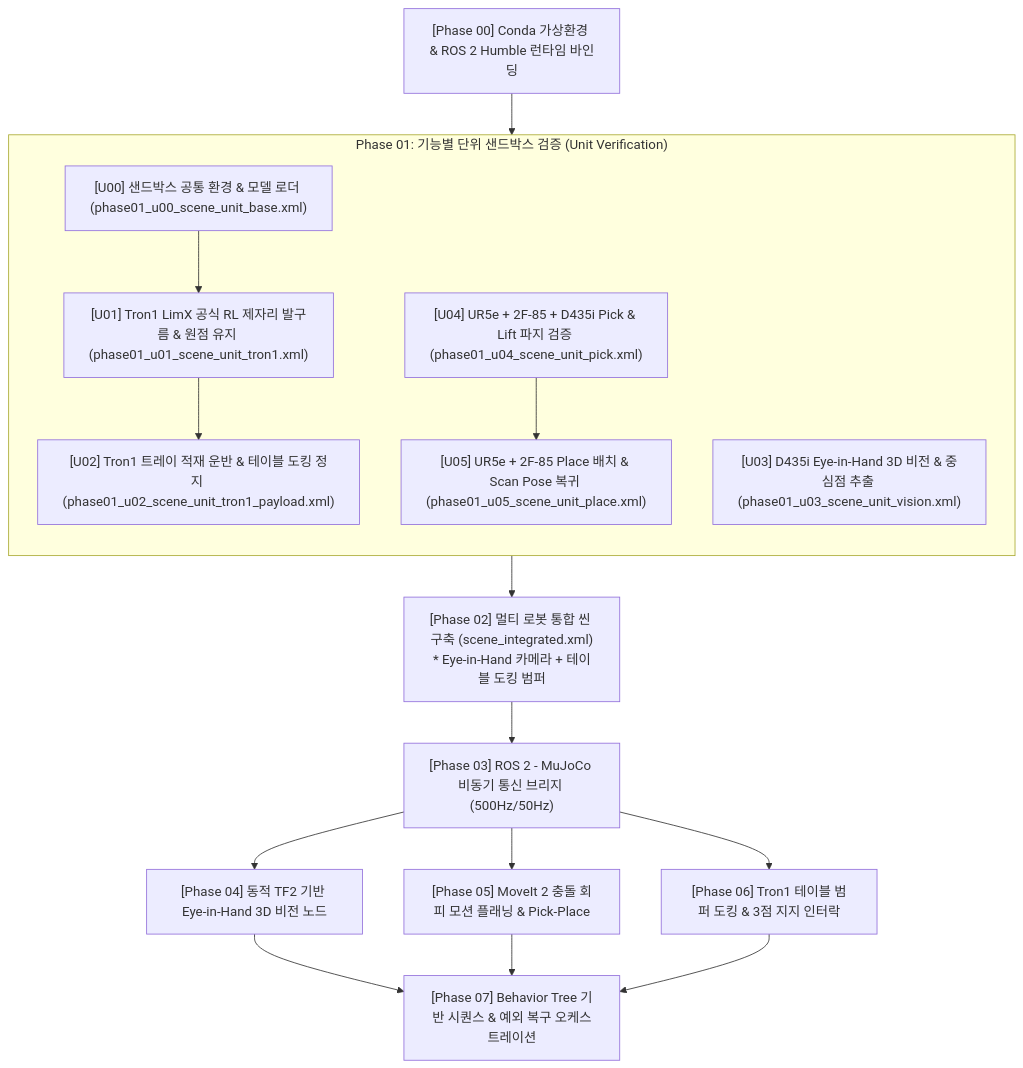
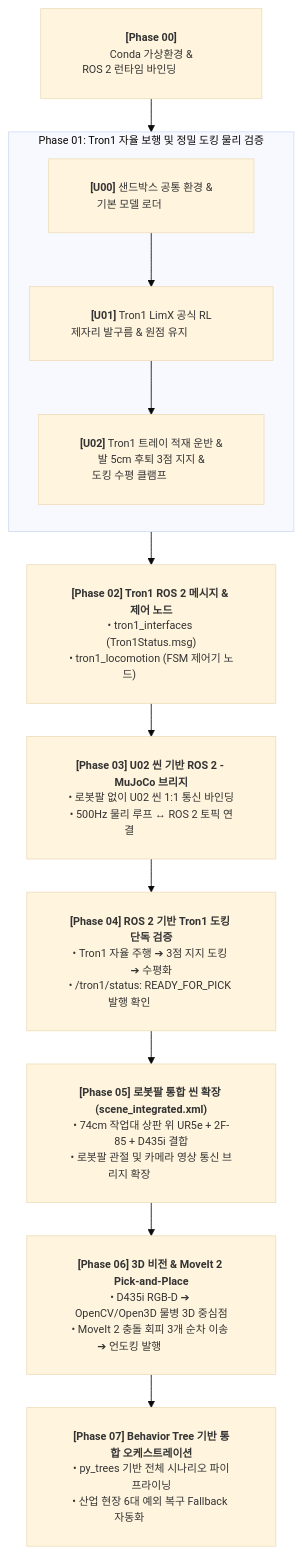
Before and after one commit to Centaucyan/Proj_Transferring_bottle_from_tron1_to_ur5e_in_mujoco_env: the diagram in documents/development_roadmap/rm_full_development_roadmap.md, drawn with Mermaid. The commit also changed other lines of this file and 10 other files, not shown here.

````diff
--- a/documents/development_roadmap/rm_full_development_roadmap.md
+++ b/documents/development_roadmap/rm_full_development_roadmap.md
@@ -39,23 +41,19 @@
 ```mermaid
+%%{init: {'theme': 'base', 'themeVariables': { 'fontSize': '13px' }, 'flowchart': {'nodeSpacing': 30, 'rankSpacing': 40, 'padding': 25}}}%%
 flowchart TD
-    P00["[Phase 00] Conda 가상환경 & ROS 2 Humble 런타임 바인딩"] --> Phase01
+    P00["<b>[Phase 00]</b><br/>Conda 가상환경 &<br/>ROS 2 런타임 바인딩&emsp;&emsp;&emsp;&emsp;"] --> Phase01
 
-    subgraph Phase01 ["Phase 01: 기능별 단위 샌드박스 검증 (Unit Verification)"]
+    subgraph Phase01 [" Phase 01: Tron1 자율 보행 및 정밀 도킹 물리 검증 "]
         direction TB
-        U00["[U00] 샌드박스 공통 환경 & 모델 로더 (phase01_u00_scene_unit_base.xml)"] --> U01
-        U01["[U01] Tron1 LimX 공식 RL 제자리 발구름 & 원점 유지 (phase01_u01_scene_unit_tron1.xml)"] --> U02
-        U02["[U02] Tron1 트레이 적재 운반 & 테이블 도킹 정지 (phase01_u02_scene_unit_tron1_payload.xml)"]
-        U03["[U03] D435i Eye-in-Hand 3D 비전 & 중심점 추출 (phase01_u03_scene_unit_vision.xml)"]
-        U04["[U04] UR5e + 2F-85 + D435i Pick & Lift 파지 검증 (phase01_u04_scene_unit_pick.xml)"] --> U05
-        U05["[U05] UR5e + 2F-85 Place 배치 & Scan Pose 복귀 (phase01_u05_scene_unit_place.xml)"]
+        U00["<b>[U00]</b> 샌드박스 공통 환경 &<br/>기본 모델 로더&emsp;&emsp;&emsp;&emsp;"] --> U01
+        U01["<b>[U01]</b> Tron1 LimX 공식 RL<br/>제자리 발구름 & 원점 유지&emsp;&emsp;&emsp;&emsp;"] --> U02
+        U02["<b>[U02]</b> Tron1 트레이 적재 운반 &<br/>발 5cm 후퇴 3점 지지 &<br/>도킹 수평 클램프&emsp;&emsp;&emsp;&emsp;"]
     end
 
-    Phase01 --> P02["[Phase 02] 멀티 로봇 통합 씬 구축 (scene_integrated.xml)\n* Eye-in-Hand 카메라 + 테이블 도킹 범퍼"]
-    P02 --> P03["[Phase 03] ROS 2 - MuJoCo 비동기 통신 브리지 (500Hz/50Hz)"]
-    P03 --> P04["[Phase 04] 동적 TF2 기반 Eye-in-Hand 3D 비전 노드"]
-    P03 --> P05["[Phase 05] MoveIt 2 충돌 회피 모션 플래닝 & Pick-Place"]
-    P03 --> P06["[Phase 06] Tron1 테이블 범퍼 도킹 & 3점 지지 인터락"]
-    P04 --> P07["[Phase 07] Behavior Tree 기반 시퀀스 & 예외 복구 오케스트레이션"]
-    P05 --> P07
-    P06 --> P07
+    Phase01 --> P02["<b>[Phase 02] Tron1 ROS 2 메시지 & 제어 노드</b><br/>• tron1_interfaces (Tron1Status.msg)<br/>• tron1_locomotion (FSM 제어기 노드)&emsp;&emsp;&emsp;&emsp;"]
+    P02 --> P03["<b>[Phase 03] U02 씬 기반 ROS 2 - MuJoCo 브리지</b><br/>• 로봇팔 없이 U02 씬 1:1 통신 바인딩<br/>• 500Hz 물리 루프 ↔ ROS 2 토픽 연결&emsp;&emsp;&emsp;&emsp;"]
+    P03 --> P04["<b>[Phase 04] ROS 2 기반 Tron1 도킹 단독 검증</b><br/>• Tron1 자율 주행 ➔ 3점 지지 도킹 ➔ 수평화<br/>• /tron1/status: READY_FOR_PICK 발행 확인&emsp;&emsp;&emsp;&emsp;"]
+    P04 --> P05["<b>[Phase 05] 로봇팔 통합 씬 확장 (scene_integrated.xml)</b><br/>• 74cm 작업대 상판 위 UR5e + 2F-85 + D435i 결합<br/>• 로봇팔 관절 및 카메라 영상 통신 브리지 확장&emsp;&emsp;&emsp;&emsp;"]
+    P05 --> P06["<b>[Phase 06] 3D 비전 & MoveIt 2 Pick-and-Place</b><br/>• D435i RGB-D ➔ OpenCV/Open3D 물병 3D 중심점<br/>• MoveIt 2 충돌 회피 3개 순차 이송 ➔ 언도킹 발행&emsp;&emsp;&emsp;&emsp;"]
+    P06 --> P07["<b>[Phase 07] Behavior Tree 기반 통합 오케스트레이션</b><br/>• py_trees 기반 전체 시나리오 파이프라이닝<br/>• 산업 현장 6대 예외 복구 Fallback 자동화&emsp;&emsp;&emsp;&emsp;"]
 ```
````
